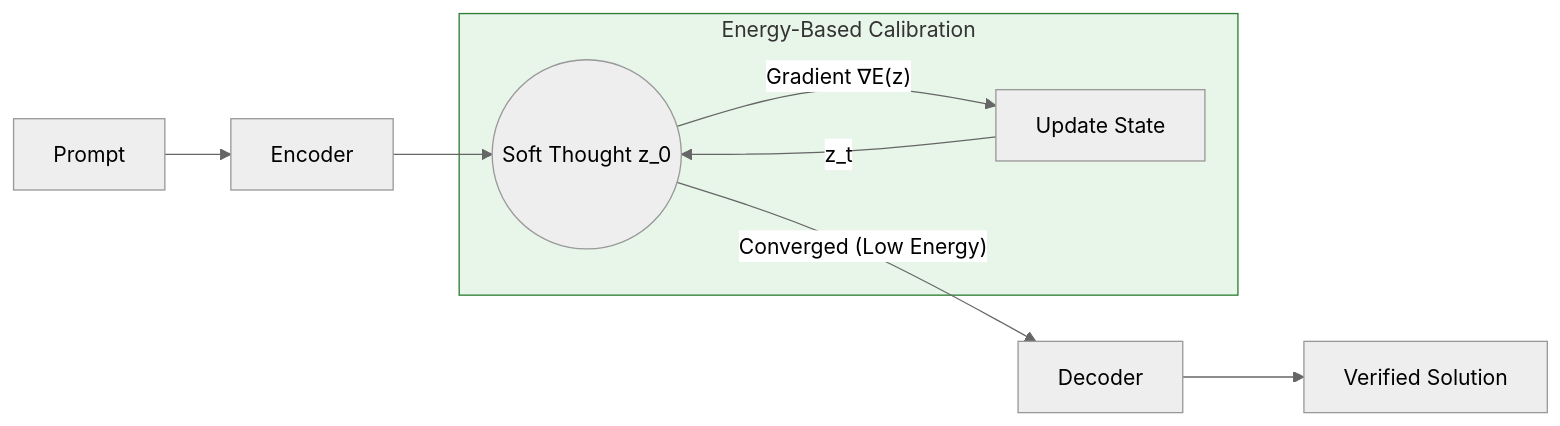
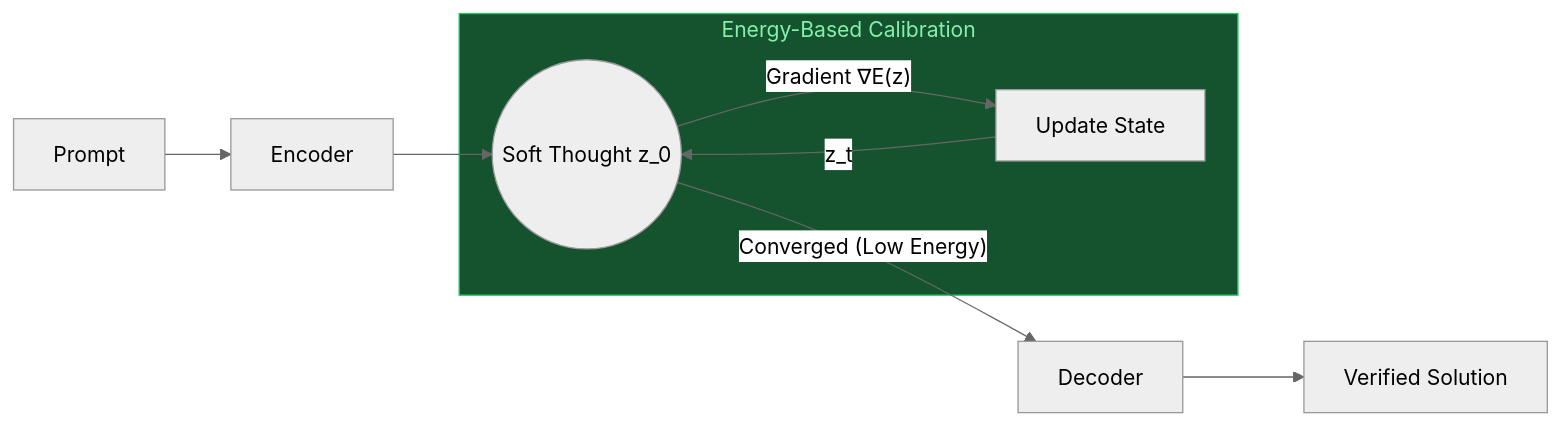
The diagram in src/content/ideas/kona-1.mdx (XavierGeerinck/paperlens.io), drawn with Mermaid (neutral theme) before and after one commit. The commit also changed 1 other file, not shown here.

Commit message:
wip: fix contrasts

````diff
--- a/src/content/ideas/kona-1.mdx
+++ b/src/content/ideas/kona-1.mdx
@@ -49,15 +49,15 @@
   ```mermaid
     flowchart LR
         Input[Prompt] --> Encode[Encoder]
         Encode --> Latent((Soft Thought z_0))
         
         subgraph LANGEVIN [Energy-Based Calibration]
             Latent -- "Gradient ∇E(z)" --> Refine[Update State]
             Refine -- "z_t" --> Latent
         end
         
         Latent -- "Converged (Low Energy)" --> Decode[Decoder]
         Decode --> Output[Verified Solution]
         
-        style LANGEVIN fill:#e8f5e9,stroke:#2e7d32
+        style LANGEVIN fill:#14532d,stroke:#22c55e,color:#86efac
   ```
````
